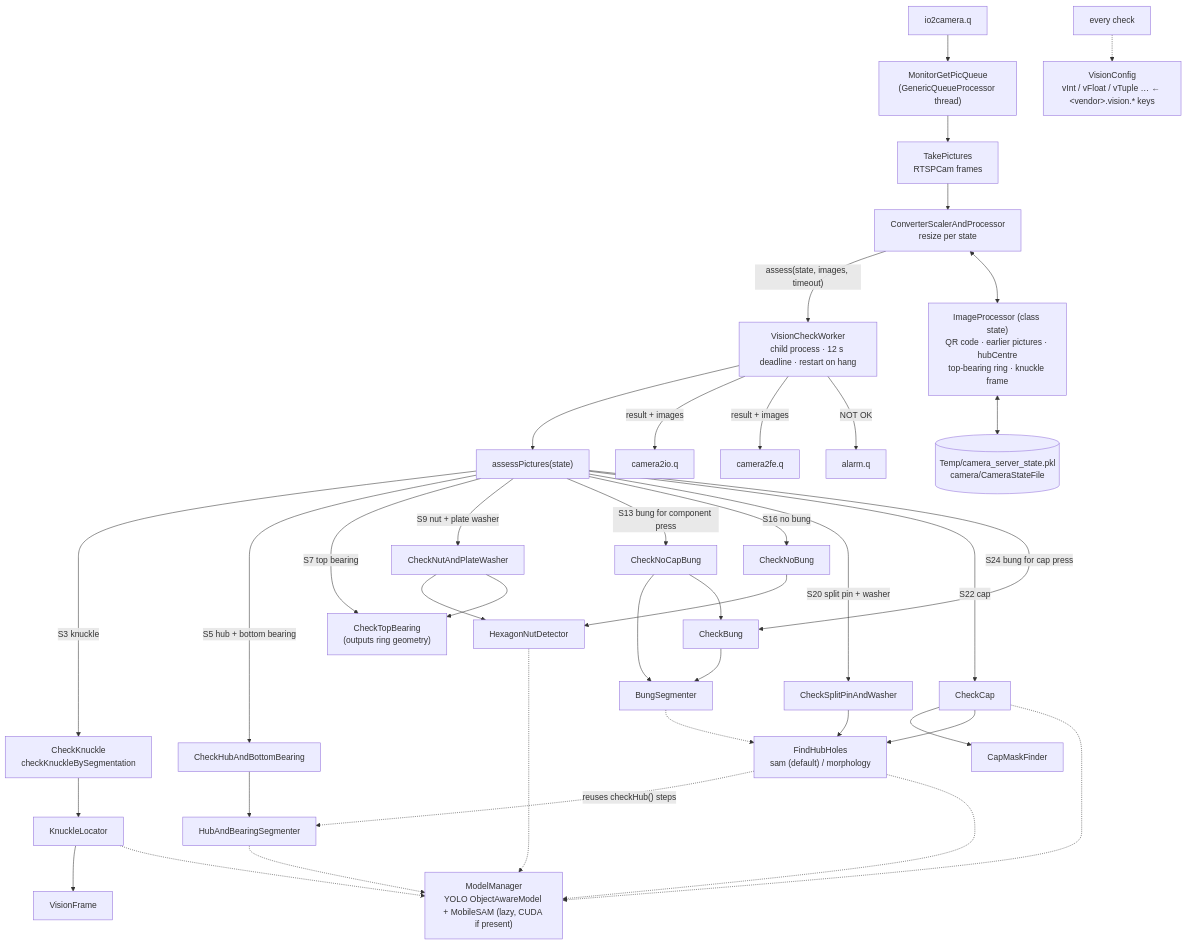
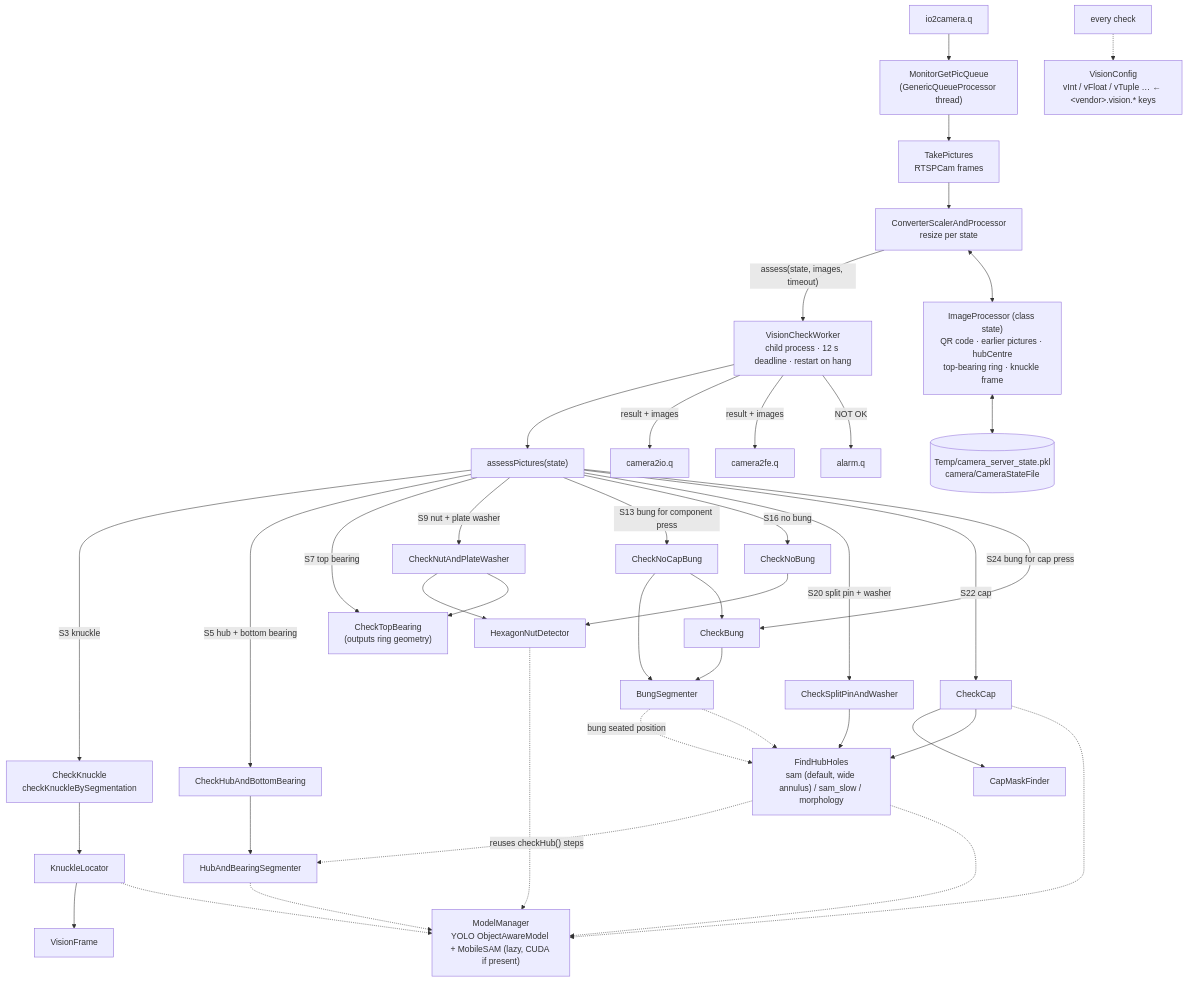
One commit to UBags/AshokLeyland_Machine2 changed the diagram in docs/code_graph/3_camera.mmd. Above: the diagram before and after it, drawn with Mermaid. The commit also changed 19 other files, not shown here.

```diff
--- a/docs/code_graph/3_camera.mmd
+++ b/docs/code_graph/3_camera.mmd
@@ -1,31 +1,32 @@
 flowchart TB
   IN["io2camera.q"] --> M["MonitorGetPicQueue<br/>(GenericQueueProcessor thread)"]
   M --> T["TakePictures<br/>RTSPCam frames"]
   T --> C["ConverterScalerAndProcessor<br/>resize per state"]
   C -->|"assess(state, images, timeout)"| W["VisionCheckWorker<br/>child process · 12 s deadline · restart on hang"]
   W --> A["assessPictures(state)"]
   IP["ImageProcessor (class state)<br/>QR code · earlier pictures · hubCentre<br/>top-bearing ring · knuckle frame"]
   SF[("Temp/camera_server_state.pkl<br/>camera/CameraStateFile")]
   IP <--> SF
   C <--> IP
   A -->|"S3 knuckle"| K["CheckKnuckle<br/>checkKnuckleBySegmentation"]
   K --> KL["KnuckleLocator"] --> VF["VisionFrame"]
   A -->|"S5 hub + bottom bearing"| H["CheckHubAndBottomBearing"] --> HS["HubAndBearingSegmenter"]
   A -->|"S7 top bearing"| TB["CheckTopBearing<br/>(outputs ring geometry)"]
   A -->|"S9 nut + plate washer"| N["CheckNutAndPlateWasher"] --> HN["HexagonNutDetector"]
   N --> TB
   A -->|"S13 bung for component press"| NCB["CheckNoCapBung"] --> BS["BungSegmenter"]
   NCB --> CB
   A -->|"S16 no bung"| NB["CheckNoBung"] --> HN
   A -->|"S20 split pin + washer"| SP["CheckSplitPinAndWasher"]
   A -->|"S22 cap"| CP["CheckCap"] --> CMF["CapMaskFinder"]
   A -->|"S24 bung for cap press"| CB["CheckBung"] --> BS
-  SP & CP --> FH["FindHubHoles<br/>sam (default) / morphology"]
+  SP & CP --> FH["FindHubHoles<br/>sam (default, wide annulus) / sam_slow / morphology"]
+  BS -.->|"bung seated position"| FH
   BS -.-> FH
   FH -.->|"reuses checkHub() steps"| HS
   HS & HN & KL -.-> MM["ModelManager<br/>YOLO ObjectAwareModel + MobileSAM (lazy, CUDA if present)"]
   FH -.-> MM
   CP -.-> MM
   ALLV["every check"] -.-> VC["VisionConfig<br/>vInt / vFloat / vTuple … ← &lt;vendor&gt;.vision.* keys"]
   W -->|"result + images"| OUT1["camera2io.q"] & OUT2["camera2fe.q"]
   W -->|"NOT OK"| OUT3["alarm.q"]
```
